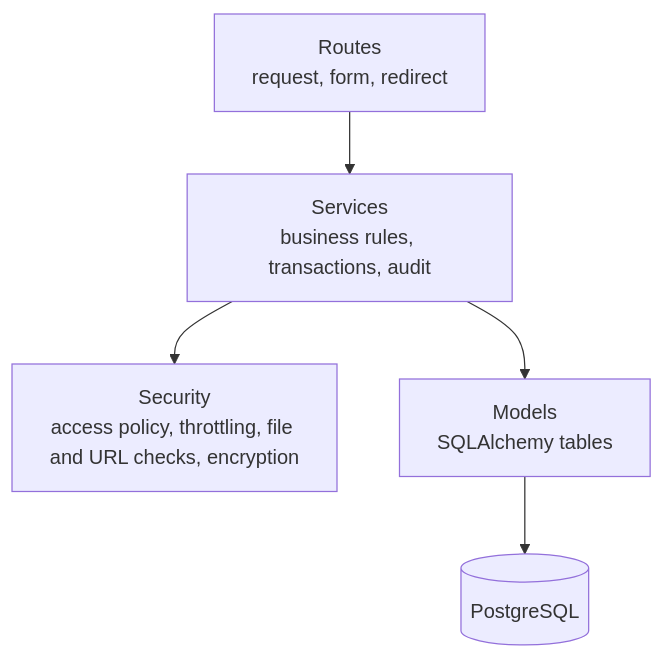
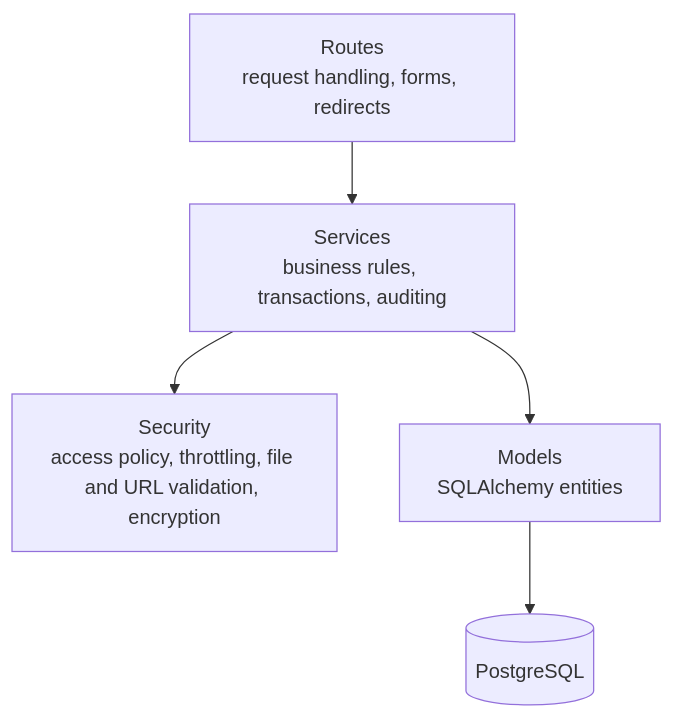
Before and after one commit to Masbismaa/mtoa_alr: the second of 8 diagrams in .github/README.md, drawn with Mermaid. The commit also changed other lines of this file and 3 other files, not shown here.

````diff
--- a/.github/README.md
+++ b/.github/README.md
@@ -374,7 +401,7 @@
 ```mermaid
 flowchart TB
-    R[Routes<br/>request, form, redirect] --> S[Services<br/>business rules, transactions, audit]
-    S --> P[Security<br/>access policy, throttling, file and URL checks, encryption]
-    S --> M[Models<br/>SQLAlchemy tables]
+    R[Routes<br/>request handling, forms, redirects] --> S[Services<br/>business rules, transactions, auditing]
+    S --> P[Security<br/>access policy, throttling, file and URL validation, encryption]
+    S --> M[Models<br/>SQLAlchemy entities]
     M --> DB[(PostgreSQL)]
 ```
````
